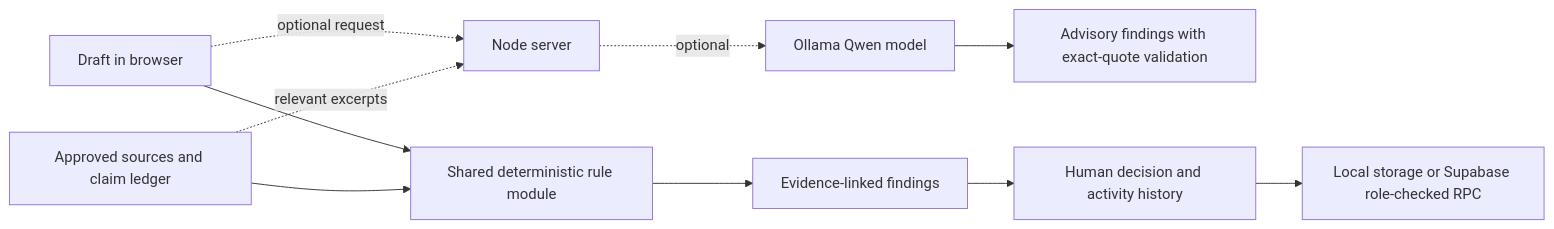
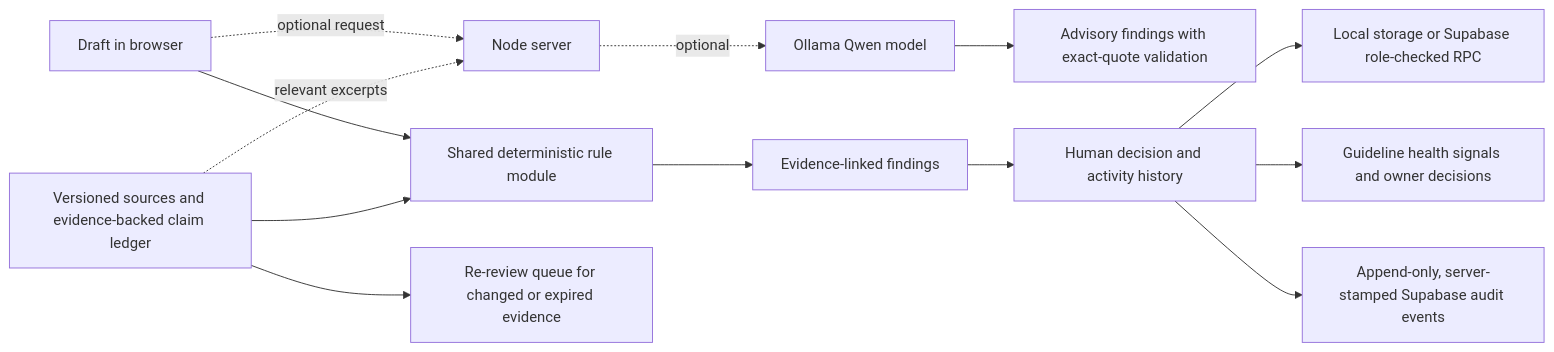
One commit to HariomSThakur/Brandlens changed the diagram in README.md. Above: the diagram before and after it, drawn with Mermaid. The commit also changed other lines of this file and 13 other files, not shown here.

````diff
--- a/README.md
+++ b/README.md
@@ -34,12 +34,15 @@
 ```mermaid
 flowchart LR
   A[Draft in browser] --> B[Shared deterministic rule module]
-  C[Approved sources and claim ledger] --> B
+  C[Versioned sources and evidence-backed claim ledger] --> B
   B --> D[Evidence-linked findings]
   A -. optional request .-> E[Node server]
   C -. relevant excerpts .-> E
   E -. optional .-> F[Ollama Qwen model]
   F --> G[Advisory findings with exact-quote validation]
   D --> H[Human decision and activity history]
   H --> I[Local storage or Supabase role-checked RPC]
+  C --> J[Re-review queue for changed or expired evidence]
+  H --> K[Guideline health signals and owner decisions]
+  H --> L[Append-only, server-stamped Supabase audit events]
 ```
````
